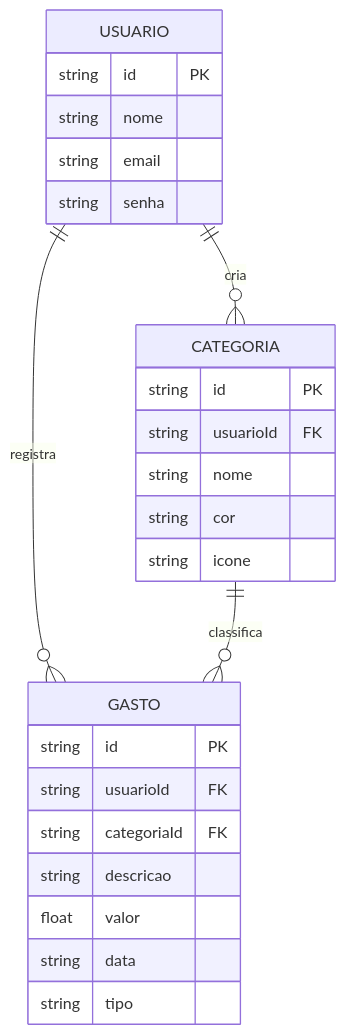
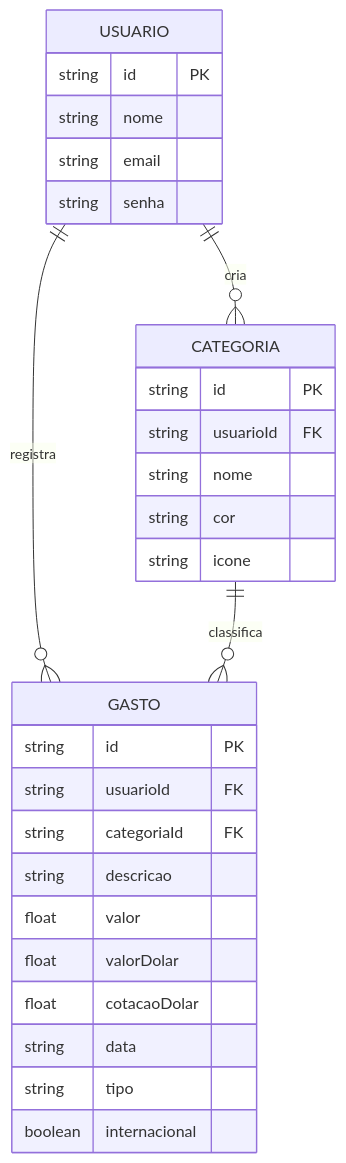
Before and after one commit to rafaelbck/wallet-friend: the diagram in docs/spec.md, drawn with Mermaid. The commit also changed other lines of this file and 1 other file, not shown here.

Commit message:
adicao api dolar

````diff
--- a/docs/spec.md
+++ b/docs/spec.md
@@ -11,31 +11,34 @@
 ```mermaid
 erDiagram
     USUARIO ||--o{ GASTO : registra
     USUARIO ||--o{ CATEGORIA : cria
     CATEGORIA ||--o{ GASTO : classifica
 
     USUARIO {
         string id PK
         string nome
         string email
         string senha
     }
 
     CATEGORIA {
         string id PK
         string usuarioId FK
         string nome
         string cor
         string icone
     }
 
     GASTO {
         string id PK
         string usuarioId FK
         string categoriaId FK
         string descricao
         float valor
+        float valorDolar
+        float cotacaoDolar
         string data
         string tipo
+        boolean internacional
     }
 ```
````
